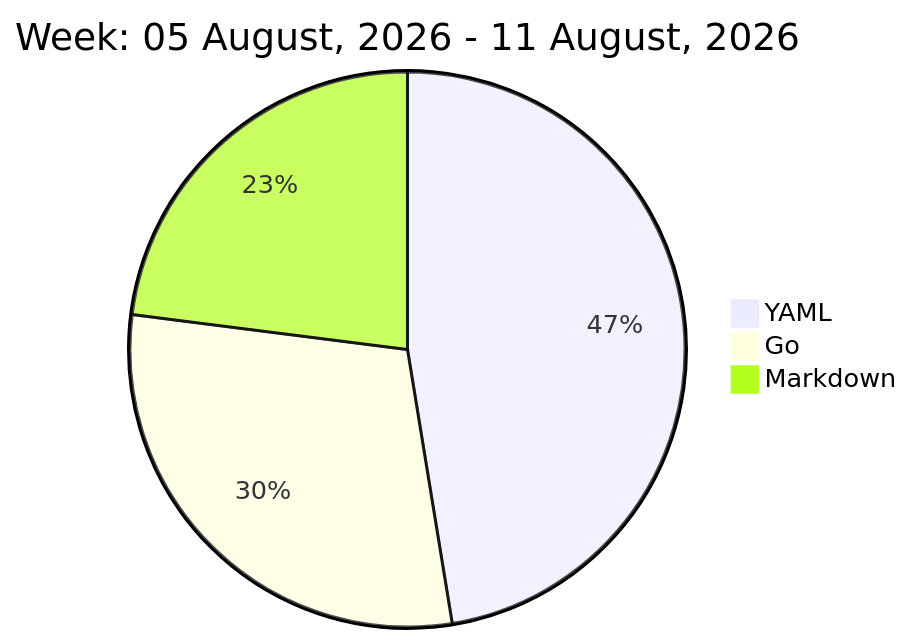
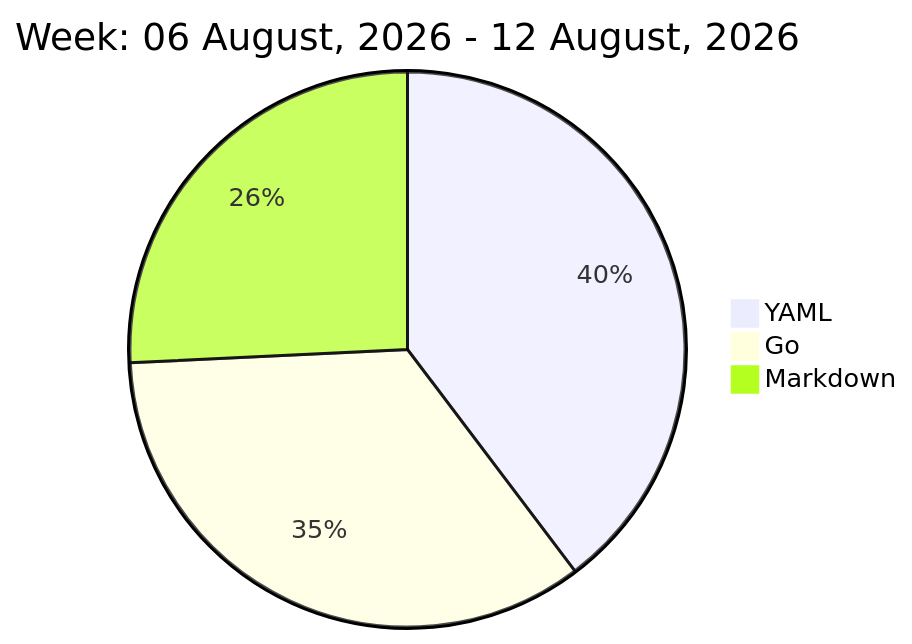
The diagram in README.md (liubin95/liubin95), drawn with Mermaid before and after one commit.

Commit message:
Updated the Graph with new Metrics

````diff
--- a/README.md
+++ b/README.md
@@ -32,7 +32,7 @@
 ```mermaid
  pie
-title Week: 05 August, 2026 - 11 August, 2026
- "YAML" : 4.6
- "Go" : 2.87
- "Markdown" : 2.23
+title Week: 06 August, 2026 - 12 August, 2026
+ "YAML" : 3.93
+ "Go" : 3.42
+ "Markdown" : 2.55
 ```
````
